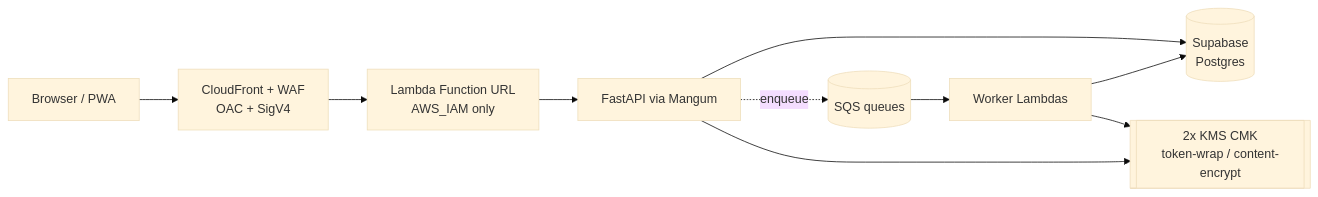
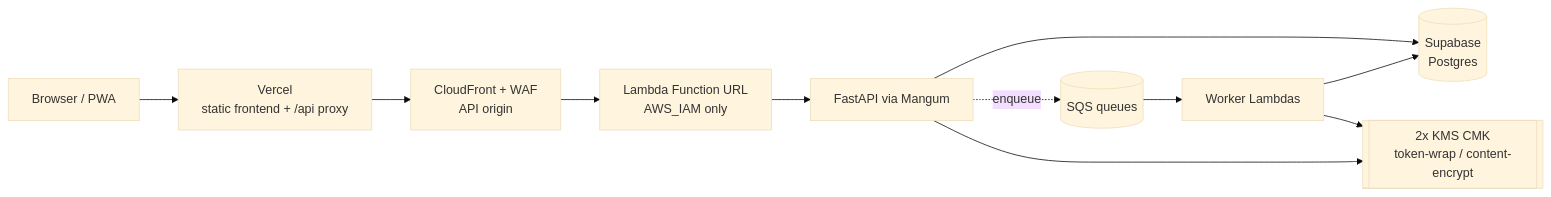
Before and after one commit to Kartik-Hirijaganer/Briefed: the second of 2 diagrams in README.md, drawn with Mermaid (base theme). The commit also changed other lines of this file and 2 other files, not shown here.

Commit message:
feat: update environment configuration and add Vercel settings for deployment

````diff
--- a/README.md
+++ b/README.md
@@ -89,12 +89,13 @@
 ```mermaid
 flowchart LR
-  B["Browser / PWA"] --> CF["CloudFront + WAF<br/>OAC + SigV4"]
+  B["Browser / PWA"] --> V["Vercel<br/>static frontend + /api proxy"]
+  V --> CF["CloudFront + WAF<br/>API origin"]
   CF --> FU["Lambda Function URL<br/>AWS_IAM only"]
   FU --> API["FastAPI via Mangum"]
   API --> PG[("Supabase<br/>Postgres")]
   API -. enqueue .-> Q[("SQS queues")]
   Q --> W["Worker Lambdas"]
   W --> PG
   API --> KMS[["2x KMS CMK<br/>token-wrap / content-encrypt"]]
   W --> KMS
 ```
````
